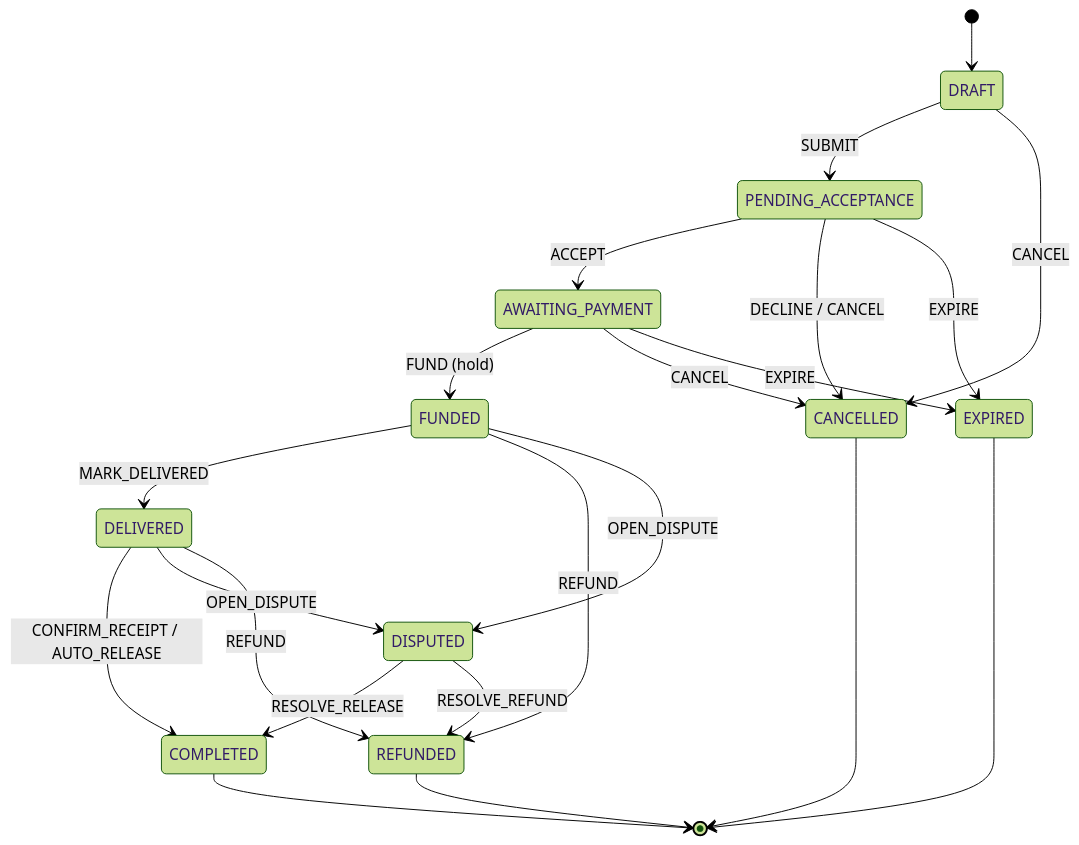
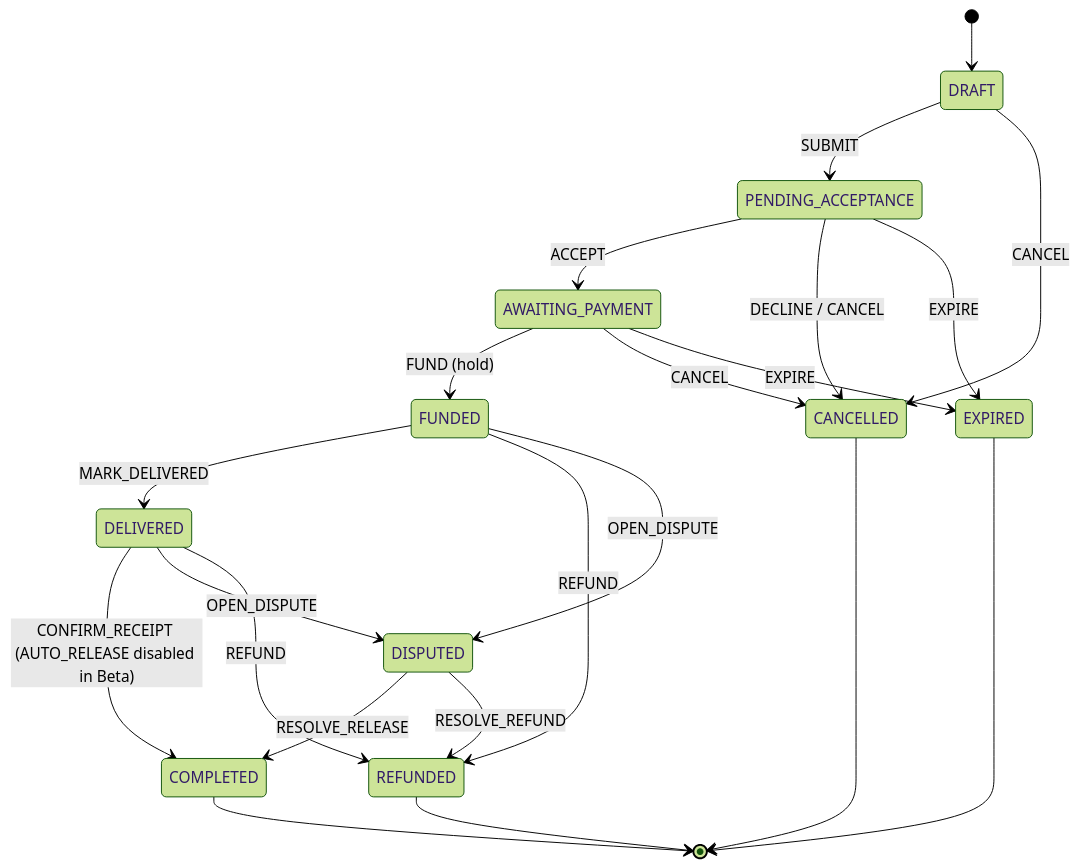
One commit to Jrelend/safepay changed the diagram in docs/transaction-states.md. Above: the diagram before and after it, drawn with Mermaid (forest theme). The commit also changed other lines of this file and 178 other files, not shown here.

````diff
--- a/docs/transaction-states.md
+++ b/docs/transaction-states.md
@@ -39,24 +39,24 @@
 ```mermaid
 stateDiagram-v2
     [*] --> DRAFT
     DRAFT --> PENDING_ACCEPTANCE: SUBMIT
     DRAFT --> CANCELLED: CANCEL
     PENDING_ACCEPTANCE --> AWAITING_PAYMENT: ACCEPT
     PENDING_ACCEPTANCE --> CANCELLED: DECLINE / CANCEL
     PENDING_ACCEPTANCE --> EXPIRED: EXPIRE
     AWAITING_PAYMENT --> FUNDED: FUND (hold)
     AWAITING_PAYMENT --> CANCELLED: CANCEL
     AWAITING_PAYMENT --> EXPIRED: EXPIRE
     FUNDED --> DELIVERED: MARK_DELIVERED
     FUNDED --> REFUNDED: REFUND
     FUNDED --> DISPUTED: OPEN_DISPUTE
-    DELIVERED --> COMPLETED: CONFIRM_RECEIPT / AUTO_RELEASE
+    DELIVERED --> COMPLETED: CONFIRM_RECEIPT (AUTO_RELEASE disabled in Beta)
     DELIVERED --> DISPUTED: OPEN_DISPUTE
     DELIVERED --> REFUNDED: REFUND
     DISPUTED --> COMPLETED: RESOLVE_RELEASE
     DISPUTED --> REFUNDED: RESOLVE_REFUND
     COMPLETED --> [*]
     REFUNDED --> [*]
     CANCELLED --> [*]
     EXPIRED --> [*]
 ```
````
